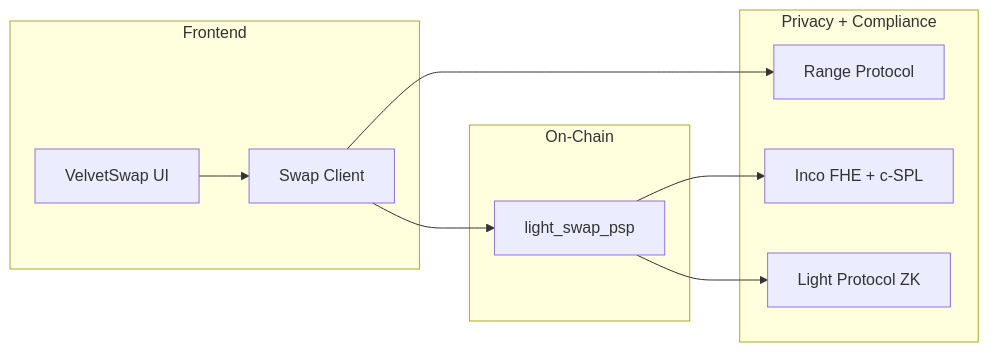
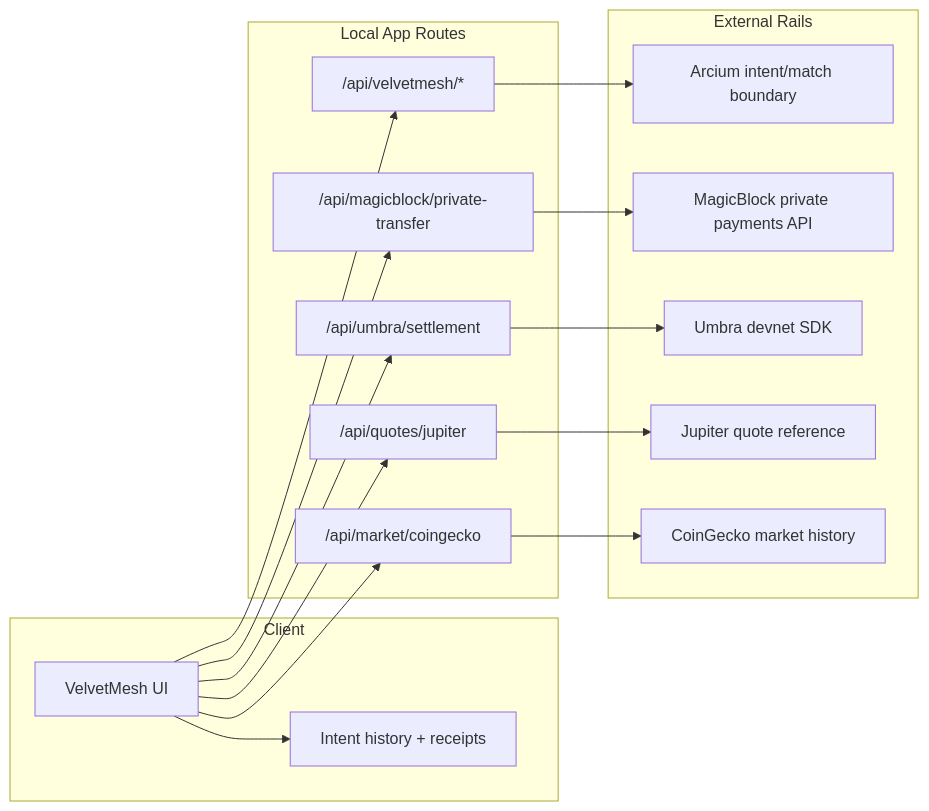
Before and after one commit to N-45div/Velvet_frontend: the first of 2 diagrams in README.md, drawn with Mermaid. The commit also changed other lines of this file and 1 other file, not shown here.

Commit message:
Update VelvetMesh frontend docs

````diff
--- a/README.md
+++ b/README.md
@@ -20,23 +27,35 @@
 ```mermaid
 graph LR
-    subgraph "Frontend"
-        UI["VelvetSwap UI"]
-        SDK["Swap Client"]
+    subgraph "Client"
+        UI["VelvetMesh UI"]
+        HISTORY["Intent history + receipts"]
     end
 
-    subgraph "Privacy + Compliance"
-        RANGE["Range Protocol"]
-        INCO["Inco FHE + c-SPL"]
-        LIGHT["Light Protocol ZK"]
+    subgraph "Local App Routes"
+        JUP["/api/quotes/jupiter"]
+        CG["/api/market/coingecko"]
+        VM["/api/velvetmesh/*"]
+        MB["/api/magicblock/private-transfer"]
+        UM["/api/umbra/settlement"]
     end
 
-    subgraph "On-Chain"
-        PROGRAM["light_swap_psp"]
+    subgraph "External Rails"
+        ARCIUM["Arcium intent/match boundary"]
+        MAGIC["MagicBlock private payments API"]
+        UMBRA["Umbra devnet SDK"]
+        JUPITER["Jupiter quote reference"]
+        CGECKO["CoinGecko market history"]
     end
 
-    UI --> SDK
-    SDK --> RANGE
-    SDK --> PROGRAM
-    PROGRAM --> INCO
-    PROGRAM --> LIGHT
+    UI --> JUP
+    UI --> CG
+    UI --> VM
+    UI --> MB
+    UI --> UM
+    UI --> HISTORY
+    VM --> ARCIUM
+    MB --> MAGIC
+    UM --> UMBRA
+    JUP --> JUPITER
+    CG --> CGECKO
 ```
````
